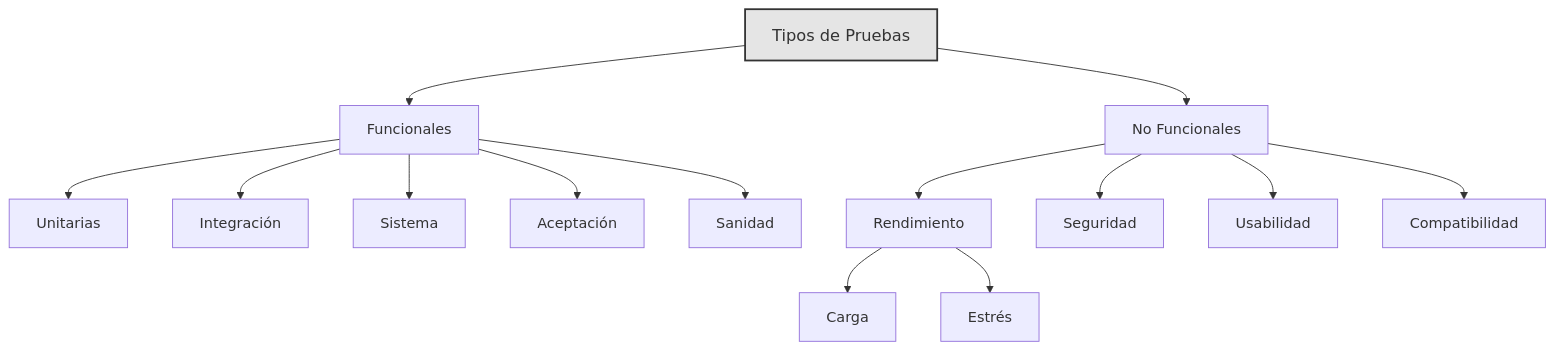
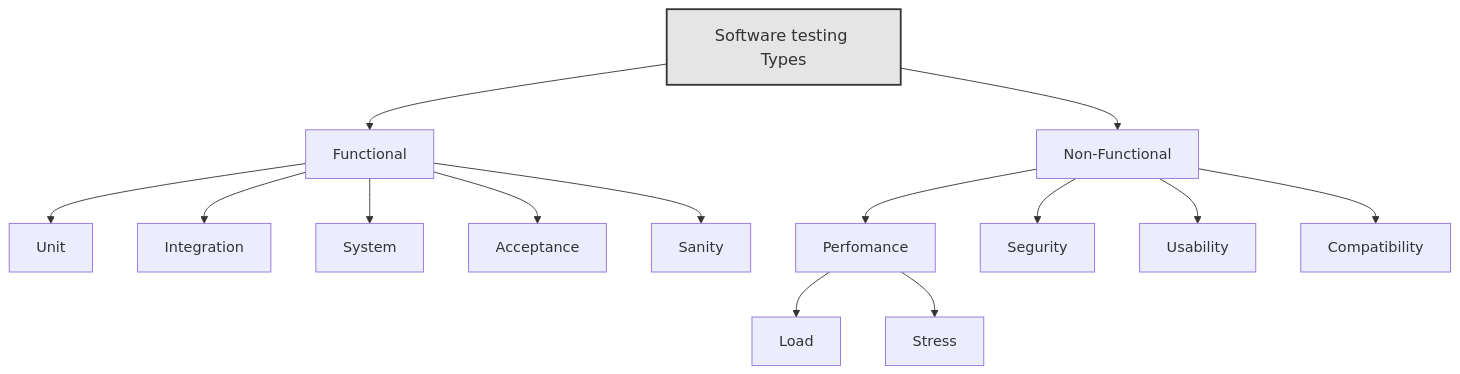
Before and after one commit to 123porAlan/123porAlan-blog: the diagram in _posts/2026-01-17-Pruebas-funcionales-vs-no-funcionales.md, drawn with Mermaid. The commit also changed other lines of this file and 3 other files, not shown here.

```diff
--- a/_posts/2026-01-17-Pruebas-funcionales-vs-no-funcionales.md
+++ b/_posts/2026-01-17-Pruebas-funcionales-vs-no-funcionales.md
@@ -17,29 +17,29 @@
 <div class="mermaid">
 graph TD
   %% Estilos para el nodo principal (Cuadrado y grande)
-  root[Tipos de Pruebas]:::principal
+  root[Software testing Types]:::principal
   
   %% Ramas Principales
-  root --> Func[Funcionales]
-  root --> NoFunc[No Funcionales]
+  root --> Func[Functional]
+  root --> NoFunc[Non-Functional]
 
   %% Desglose Funcionales
-  Func --> Unit[Unitarias]
-  Func --> Int[Integración]
-  Func --> Sis[Sistema]
-  Func --> Acep[Aceptación]
-  Func --> San[Sanidad]
+  Func --> Unit[Unit]
+  Func --> Int[Integration]
+  Func --> Sis[System]
+  Func --> Acep[Acceptance]
+  Func --> San[Sanity]
 
   %% Desglose No Funcionales
-  NoFunc --> Rend[Rendimiento]
-  NoFunc --> Seg[Seguridad]
-  NoFunc --> Usab[Usabilidad]
-  NoFunc --> Comp[Compatibilidad]
+  NoFunc --> Rend[Perfomance]
+  NoFunc --> Seg[Segurity]
+  NoFunc --> Usab[Usability]
+  NoFunc --> Comp[Compatibility]
 
   %% Sub-rama Rendimiento
-  Rend --> Carga[Carga]
-  Rend --> Estres[Estrés]
+  Rend --> Carga[Load]
+  Rend --> Estres[Stress]
 
   %% AQUI ESTA EL CAMBIO: Cambié #f9f (rosa) por #e5e5e5 (gris claro)
   classDef principal fill:#e5e5e5,stroke:#333,stroke-width:2px,font-size:18px;
 </div>
```
